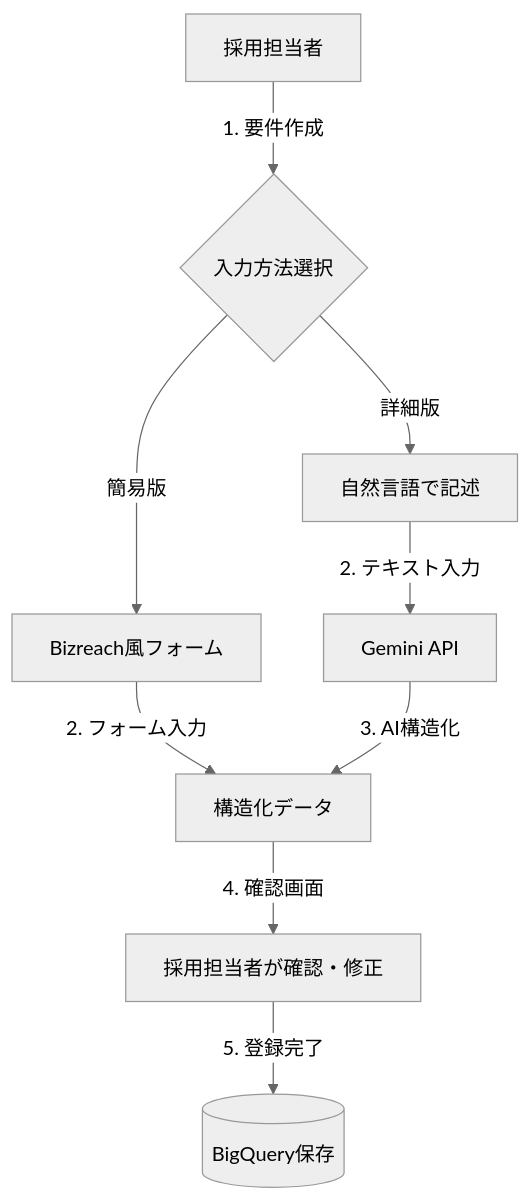
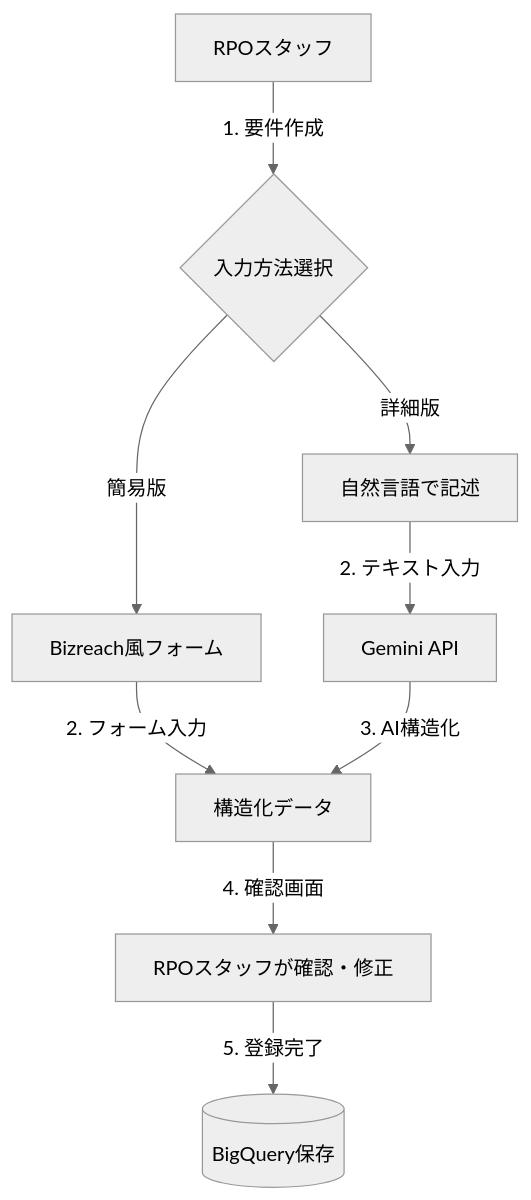
One commit to takeshita-0x0201/rpo-automation changed the second of 3 diagrams in README.md. Above: the diagram before and after it, drawn with Mermaid (neutral theme). The commit also changed other lines of this file and 6 other files, not shown here.

````diff
--- a/README.md
+++ b/README.md
@@ -104,13 +108,13 @@
 ```mermaid
 graph TD
-    A[採用担当者] -->|1. 要件作成| B{入力方法選択}
+    A[RPOスタッフ] -->|1. 要件作成| B{入力方法選択}
     B -->|簡易版| C[Bizreach風フォーム]
     B -->|詳細版| D[自然言語で記述]
     
     C -->|2. フォーム入力| E[構造化データ]
     D -->|2. テキスト入力| F[Gemini API]
     F -->|3. AI構造化| E
     
-    E -->|4. 確認画面| G[採用担当者が確認・修正]
+    E -->|4. 確認画面| G[RPOスタッフが確認・修正]
     G -->|5. 登録完了| H[(BigQuery保存)]
 ```
````
